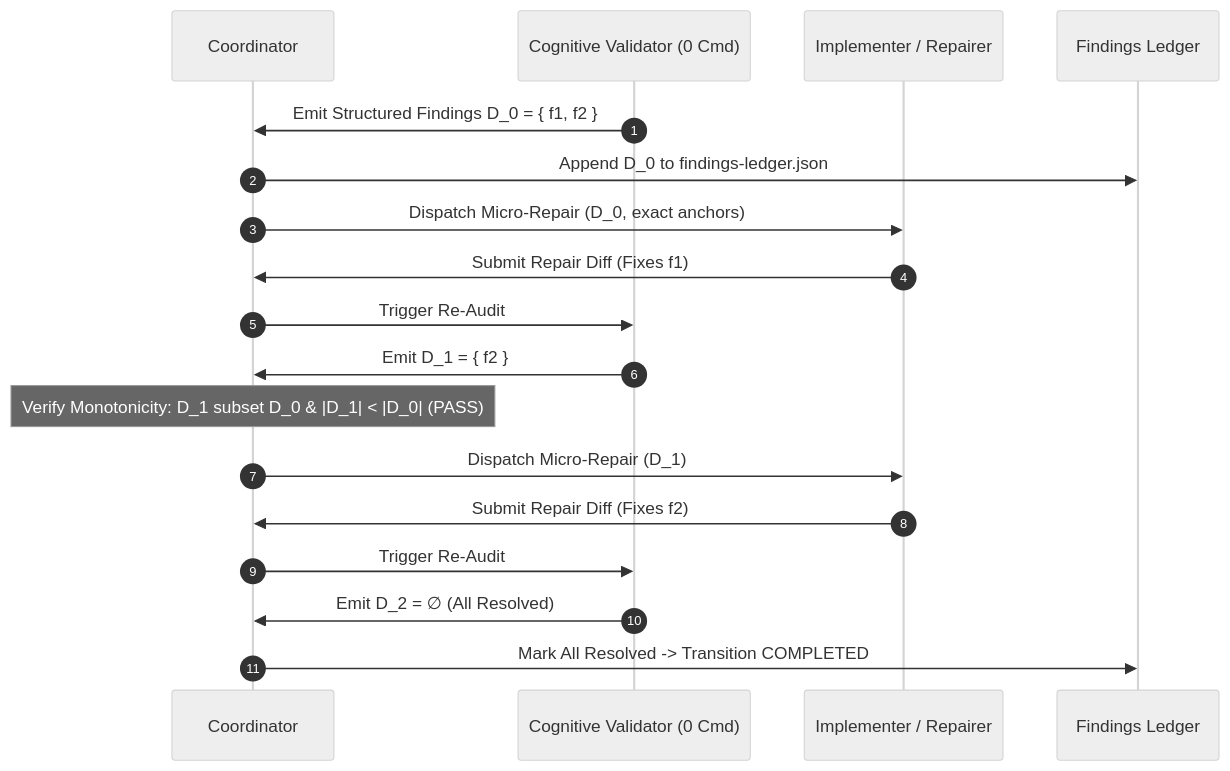
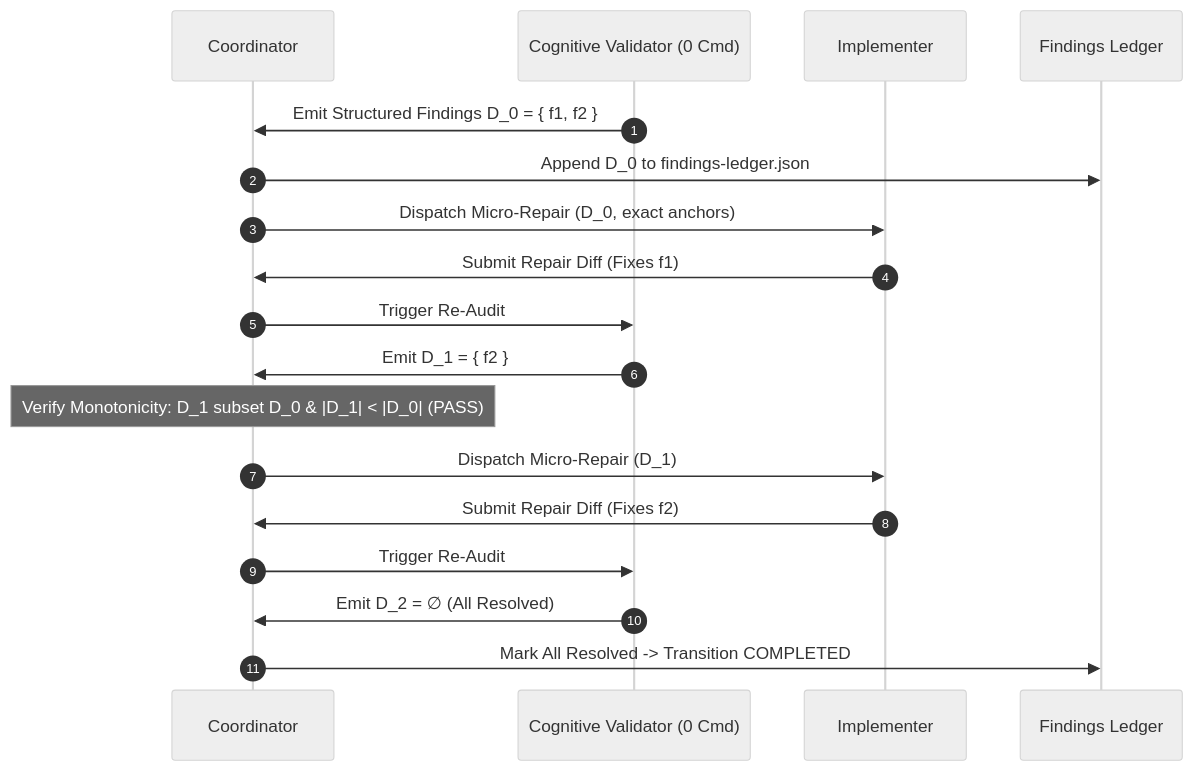
One commit to onurseckin/skills changed the diagram in docs/olt/architecture/08-adversarial-validation-repair/08-04-structured-findings-and-monotonic-repair.md. Above: the diagram before and after it, drawn with Mermaid (neutral theme). The commit also changed other lines of this file and 1002 other files, not shown here.

````diff
--- a/docs/olt/architecture/08-adversarial-validation-repair/08-04-structured-findings-and-monotonic-repair.md
+++ b/docs/olt/architecture/08-adversarial-validation-repair/08-04-structured-findings-and-monotonic-repair.md
@@ -101,21 +101,21 @@
 ```mermaid
 sequenceDiagram
     autonumber
     participant Coord as Coordinator
     participant Val as Cognitive Validator (0 Cmd)
-    participant Impl as Implementer / Repairer
+    participant Impl as Implementer
     participant Ledger as Findings Ledger
 
     Val->>Coord: Emit Structured Findings D_0 = { f1, f2 }
     Coord->>Ledger: Append D_0 to findings-ledger.json
     Coord->>Impl: Dispatch Micro-Repair (D_0, exact anchors)
     Impl->>Coord: Submit Repair Diff (Fixes f1)
     Coord->>Val: Trigger Re-Audit
     Val->>Coord: Emit D_1 = { f2 }
     Note over Coord: Verify Monotonicity: D_1 subset D_0 & |D_1| < |D_0| (PASS)
     Coord->>Impl: Dispatch Micro-Repair (D_1)
     Impl->>Coord: Submit Repair Diff (Fixes f2)
     Coord->>Val: Trigger Re-Audit
     Val->>Coord: Emit D_2 = ∅ (All Resolved)
     Coord->>Ledger: Mark All Resolved -> Transition COMPLETED
 ```
````
